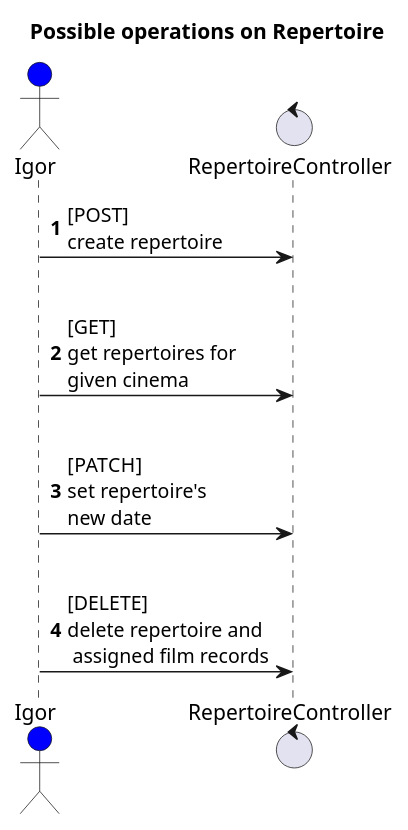
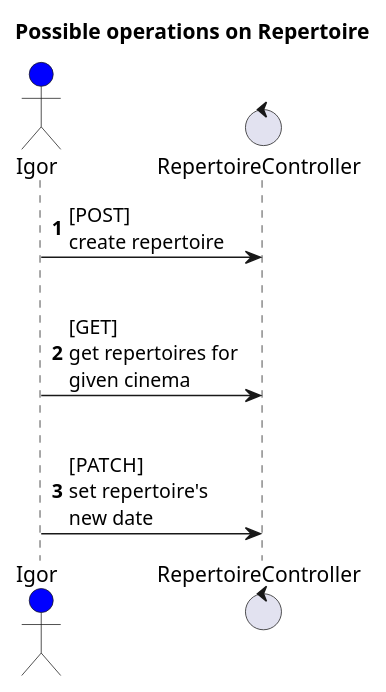
One commit to Matiar15/cinema-gateway changed the diagram in documentation/operations/repertoire_controller.puml. Above: the diagram before and after it, drawn with PlantUML. The commit also changed 21 other files, not shown here.

```diff
--- a/documentation/operations/repertoire_controller.puml
+++ b/documentation/operations/repertoire_controller.puml
@@ -1,13 +1,11 @@
 @startuml
 title Possible operations on Repertoire
 actor Igor #blue
 control RepertoireController
 autonumber
 Igor -> RepertoireController: [POST]\ncreate repertoire
 |||
 Igor -> RepertoireController: [GET]\nget repertoires for\ngiven cinema
 |||
 Igor -> RepertoireController: [PATCH]\nset repertoire's \nnew date
-|||
-Igor -> RepertoireController: [DELETE]\ndelete repertoire and\n assigned film records
 @enduml
```
